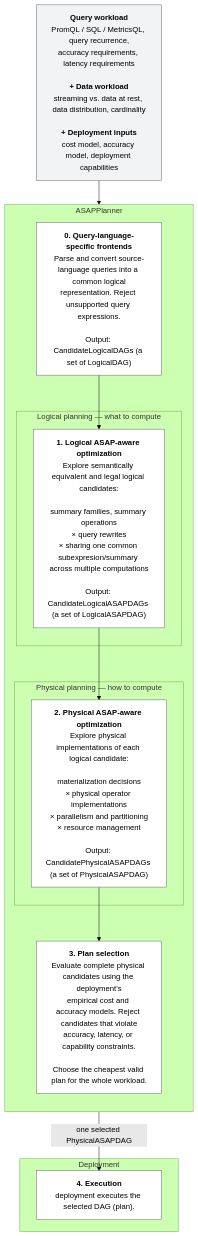
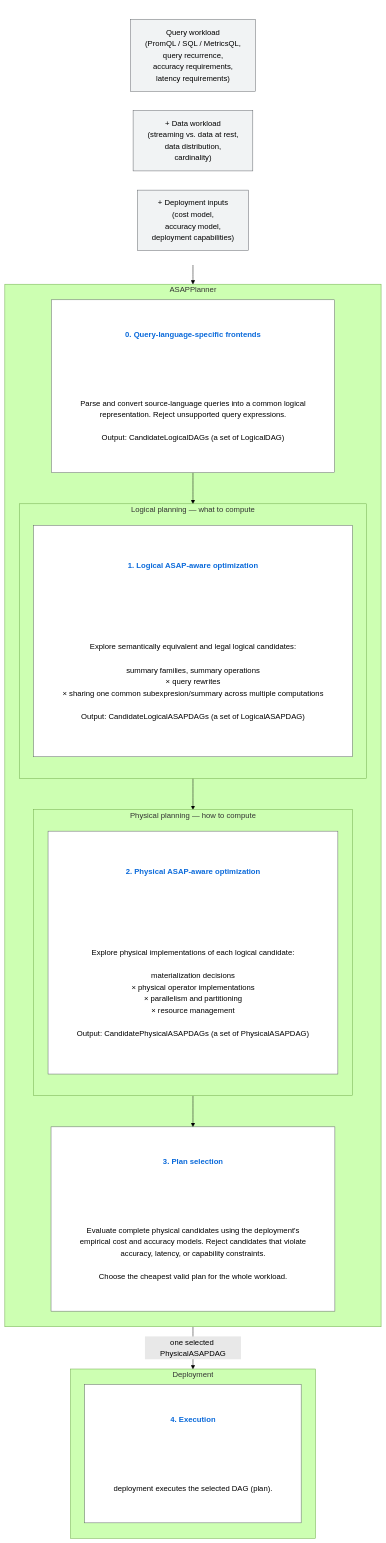
The first of 11 diagrams in docs/design_docs/proposals/planner-layering.md (ProjectASAP/ASAPPlanner), drawn with Mermaid (forest theme) before and after one commit. The commit also changed other lines of this file, not shown here.

Commit message:
docs: apply review edits, refresh Contents, widen the stages overview figure
Link only each stage's name in the overview figure, lay the three inputs
out side by side, and keep the figure's text identical to the original
text figure. Point Contents and the Assumption 2 link at the renamed
headings.

````diff
--- a/docs/design_docs/proposals/planner-layering.md
+++ b/docs/design_docs/proposals/planner-layering.md
@@ -186,37 +186,78 @@
 ```mermaid
+%%{init: {"flowchart": {"wrappingWidth": 900, "nodeSpacing": 40, "rankSpacing": 40}}}%%
 flowchart TB
-  IN["<b>Query workload</b><br/>PromQL / SQL / MetricsQL, query recurrence,<br/>accuracy requirements, latency requirements<br/><br/><b>+ Data workload</b><br/>streaming vs. data at rest, data distribution, cardinality<br/><br/><b>+ Deployment inputs</b><br/>cost model, accuracy model, deployment capabilities"]:::input
+  subgraph INPUTS[" "]
+    direction LR
+    QW["Query workload<br/>(PromQL / SQL / MetricsQL,<br/>query recurrence,<br/>accuracy requirements,<br/>latency requirements)"]:::input
+    DW["+ Data workload<br/>(streaming vs. data at rest,<br/>data distribution,<br/>cardinality)"]:::input
+    DI["+ Deployment inputs<br/>(cost model,<br/>accuracy model,<br/>deployment capabilities)"]:::input
+  end
 
   subgraph PLANNER["ASAPPlanner"]
     direction TB
-    S0["<b>0. Query-language-specific frontends</b><br/>Parse and convert source-language queries into a common logical<br/>representation. Reject unsupported query expressions.<br/><br/>Output: CandidateLogicalDAGs (a set of LogicalDAG)"]:::stage
+    subgraph ST0[" "]
+      direction TB
+      H0["0. Query-language-specific frontends"]:::title
+      B0["Parse and convert source-language queries into a common logical<br/>representation. Reject unsupported query expressions.<br/><br/>Output: CandidateLogicalDAGs (a set of LogicalDAG)"]:::body
+      H0 ~~~ B0
+    end
 
     subgraph LOGICAL["Logical planning — what to compute"]
-      S1["<b>1. Logical ASAP-aware optimization</b><br/>Explore semantically equivalent and legal logical candidates:<br/><br/>summary families, summary operations<br/>× query rewrites<br/>× sharing one common subexpresion/summary across multiple computations<br/><br/>Output: CandidateLogicalASAPDAGs (a set of LogicalASAPDAG)"]:::stage
+      direction TB
+      subgraph ST1[" "]
+        direction TB
+        H1["1. Logical ASAP-aware optimization"]:::title
+        B1["Explore semantically equivalent and legal logical candidates:<br/><br/>summary families, summary operations<br/>× query rewrites<br/>× sharing one common subexpresion/summary across multiple computations<br/><br/>Output: CandidateLogicalASAPDAGs (a set of LogicalASAPDAG)"]:::body
+        H1 ~~~ B1
+      end
     end
 
     subgraph PHYSICAL["Physical planning — how to compute"]
-      S2["<b>2. Physical ASAP-aware optimization</b><br/>Explore physical implementations of each logical candidate:<br/><br/>materialization decisions<br/>× physical operator implementations<br/>× parallelism and partitioning<br/>× resource management<br/><br/>Output: CandidatePhysicalASAPDAGs (a set of PhysicalASAPDAG)"]:::stage
+      direction TB
+      subgraph ST2[" "]
+        direction TB
+        H2["2. Physical ASAP-aware optimization"]:::title
+        B2["Explore physical implementations of each logical candidate:<br/><br/>materialization decisions<br/>× physical operator implementations<br/>× parallelism and partitioning<br/>× resource management<br/><br/>Output: CandidatePhysicalASAPDAGs (a set of PhysicalASAPDAG)"]:::body
+        H2 ~~~ B2
+      end
     end
 
-    S3["<b>3. Plan selection</b><br/>Evaluate complete physical candidates using the deployment's<br/>empirical cost and accuracy models. Reject candidates that violate<br/>accuracy, latency, or capability constraints.<br/><br/>Choose the cheapest valid plan for the whole workload."]:::stage
+    subgraph ST3[" "]
+      direction TB
+      H3["3. Plan selection"]:::title
+      B3["Evaluate complete physical candidates using the deployment's<br/>empirical cost and accuracy models. Reject candidates that violate<br/>accuracy, latency, or capability constraints.<br/><br/>Choose the cheapest valid plan for the whole workload."]:::body
+      H3 ~~~ B3
+    end
 
-    S0 --> S1 --> S2 --> S3
+    ST0 --> LOGICAL --> PHYSICAL --> ST3
   end
 
   subgraph DEPLOY["Deployment"]
-    S4["<b>4. Execution</b><br/>deployment executes the selected DAG (plan)."]:::stage
+    direction TB
+    subgraph ST4[" "]
+      direction TB
+      H4["4. Execution"]:::title
+      B4["deployment executes the selected DAG (plan)."]:::body
+      H4 ~~~ B4
+    end
   end
 
-  IN --> S0
-  S3 -- "one selected PhysicalASAPDAG" --> S4
+  INPUTS --> ST0
+  ST3 -- "one selected PhysicalASAPDAG" --> DEPLOY
 
-  click S0 href "#0-language-specific-frontends"
-  click S1 href "#1-logical-asap-aware-optimization"
-  click S2 href "#2-physical-asap-aware-optimization"
-  click S3 href "#3-plan-selection"
-  click S4 href "#4-execution"
+  click H0 href "#0-language-specific-frontends"
+  click H1 href "#1-logical-asap-aware-optimization"
+  click H2 href "#2-physical-asap-aware-optimization"
+  click H3 href "#3-plan-selection"
+  click H4 href "#4-execution"
 
   classDef input fill:#f1f3f4,stroke:#5f6368,color:#000;
-  classDef stage fill:#fff,stroke:#5f6368,color:#000;
+  classDef title fill:none,stroke:none,color:#0969da,font-weight:bold;
+  classDef body fill:none,stroke:none,color:#000;
+  style INPUTS fill:none,stroke:none;
+  style ST0 fill:#fff,stroke:#5f6368;
+  style ST1 fill:#fff,stroke:#5f6368;
+  style ST2 fill:#fff,stroke:#5f6368;
+  style ST3 fill:#fff,stroke:#5f6368;
+  style ST4 fill:#fff,stroke:#5f6368;
 ```
````
